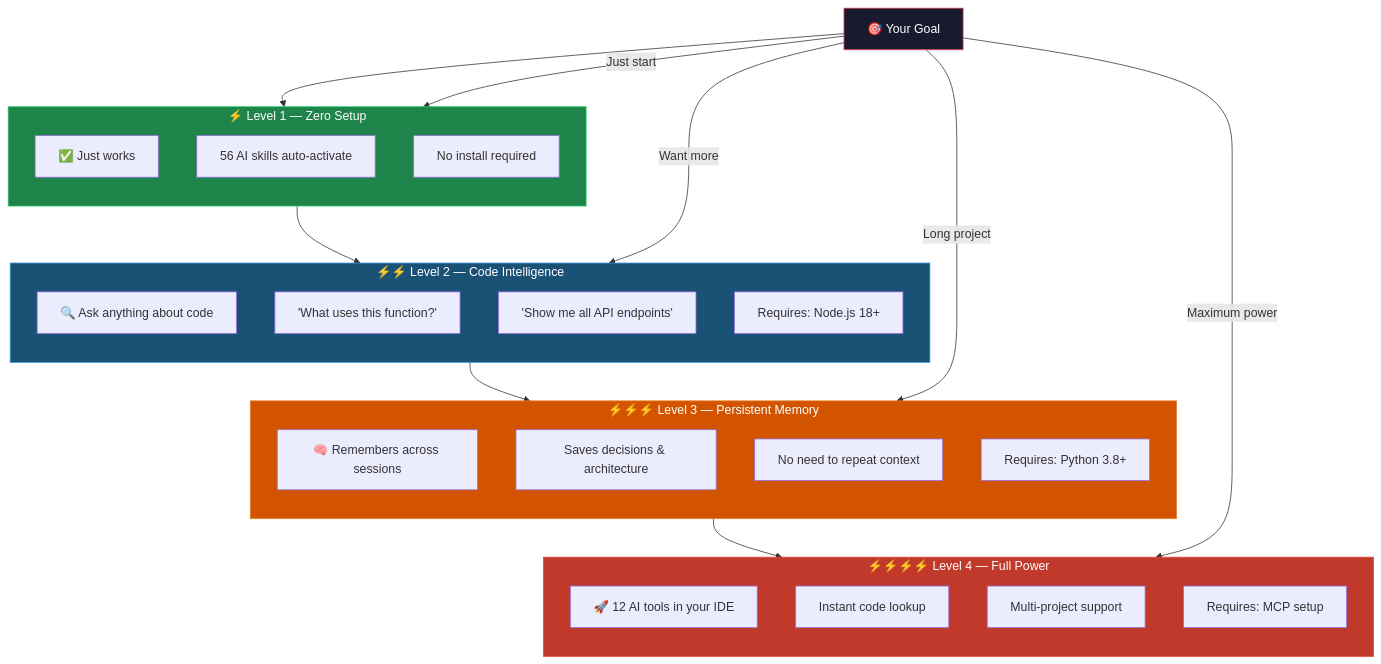
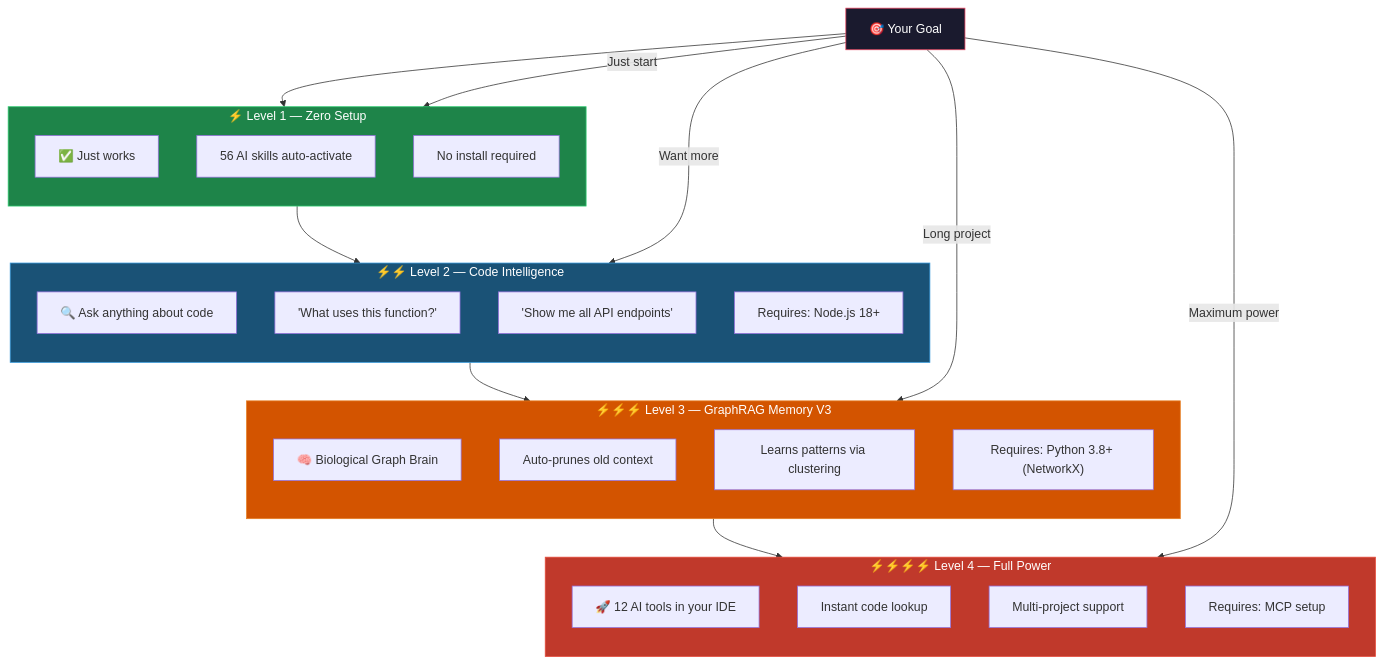
Before and after one commit to buiphucminhtam/forgewright: the first of 4 diagrams in README.md, drawn with Mermaid. The commit also changed other lines of this file, not shown here.

Commit message:
docs: update README for GraphRAG Memory V3 and bump version to v8.6.0

````diff
--- a/README.md
+++ b/README.md
@@ -167,52 +167,52 @@
 ```mermaid
 flowchart TB
     START["🎯 Your Goal"] --> LEVEL1
 
     subgraph LEVEL1["⚡ Level 1 — Zero Setup"]
         direction TB
         L1A["✅ Just works"]
         L1B["56 AI skills auto-activate"]
         L1C["No install required"]
     end
 
     LEVEL1 --> LEVEL2
 
     subgraph LEVEL2["⚡⚡ Level 2 — Code Intelligence"]
         direction TB
         L2A["🔍 Ask anything about code"]
         L2B["'What uses this function?'"]
         L2C["'Show me all API endpoints'"]
         L2D["Requires: Node.js 18+"]
     end
 
     LEVEL2 --> LEVEL3
 
-    subgraph LEVEL3["⚡⚡⚡ Level 3 — Persistent Memory"]
+    subgraph LEVEL3["⚡⚡⚡ Level 3 — GraphRAG Memory V3"]
         direction TB
-        L3A["🧠 Remembers across sessions"]
-        L3B["Saves decisions & architecture"]
-        L3C["No need to repeat context"]
-        L3D["Requires: Python 3.8+"]
+        L3A["🧠 Biological Graph Brain"]
+        L3B["Auto-prunes old context"]
+        L3C["Learns patterns via clustering"]
+        L3D["Requires: Python 3.8+ (NetworkX)"]
     end
 
     LEVEL3 --> LEVEL4
 
     subgraph LEVEL4["⚡⚡⚡⚡ Level 4 — Full Power"]
         direction TB
         L4A["🚀 12 AI tools in your IDE"]
         L4A2["Instant code lookup"]
         L4A3["Multi-project support"]
         L4A4["Requires: MCP setup"]
     end
 
     START -->|"Just start"| LEVEL1
     START -->|"Want more"| LEVEL2
     START -->|"Long project"| LEVEL3
     START -->|"Maximum power"| LEVEL4
 
     style START fill:#1a1a2e,stroke:#e94560,color:#fff
     style LEVEL1 fill:#1e8449,stroke:#2ecc71,color:#fff
     style LEVEL2 fill:#1a5276,stroke:#3498db,color:#fff
     style LEVEL3 fill:#d35400,stroke:#e67e22,color:#fff
     style LEVEL4 fill:#c0392b,stroke:#e74c3c,color:#fff
 ```
````
